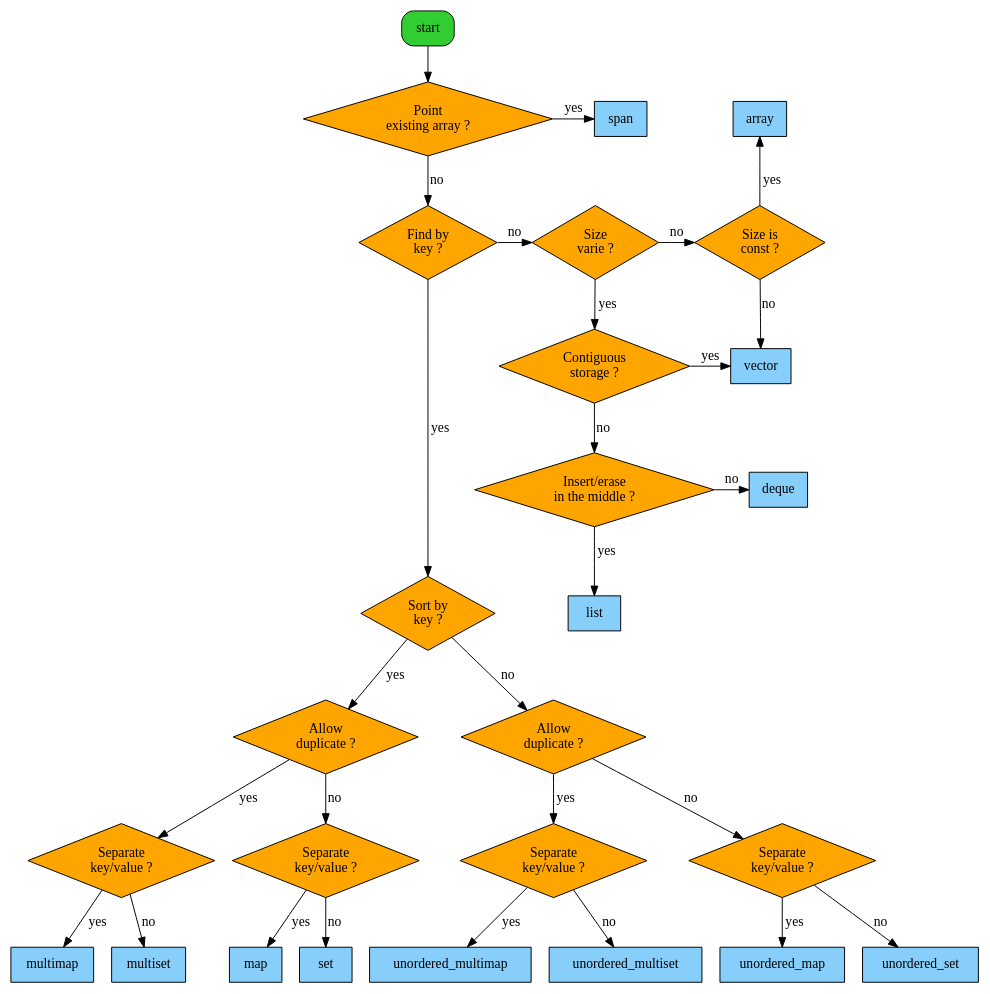
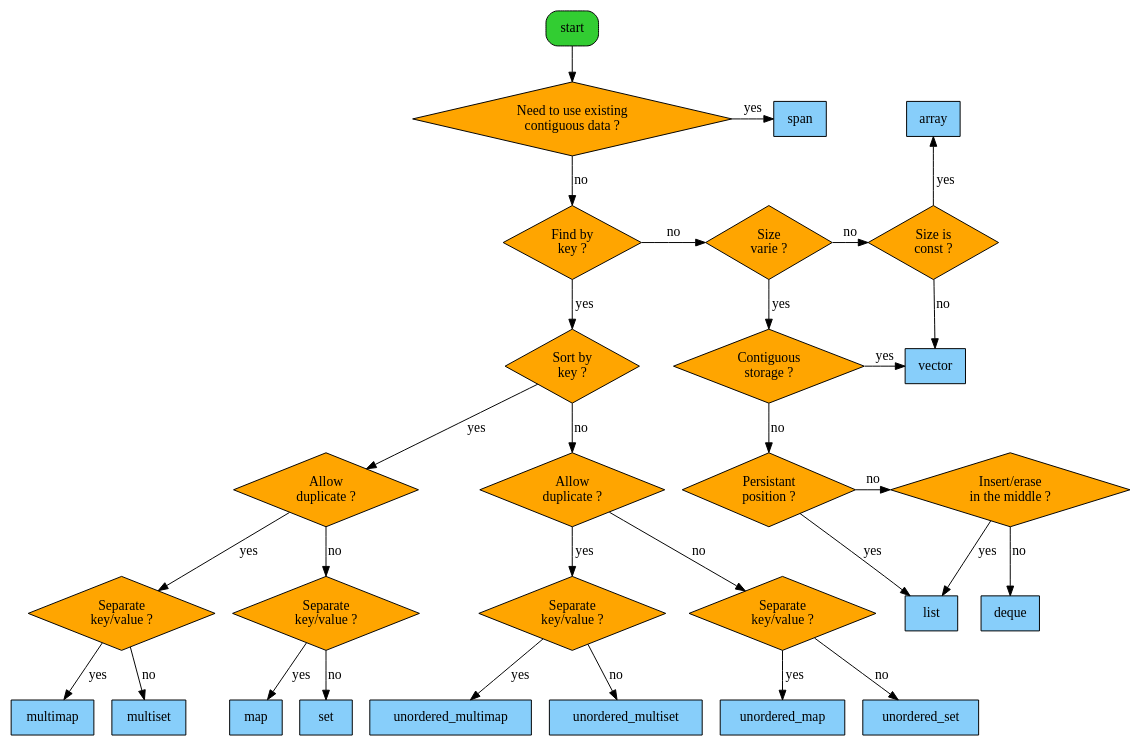
One commit to alexdesaint/CppContainersFlowchart changed the diagram in flowchart.dot. Above: the diagram before and after it, drawn with Graphviz. The commit also changed 1 other file, not shown here.

```diff
--- a/flowchart.dot
+++ b/flowchart.dot
@@ -1,81 +1,86 @@
 digraph G {
-    start[shape=box, style="rounded,filled", fillcolor=limegreen];
+
+    start[shape=box, style="rounded,filled", fillcolor=limegreen, group=g1];
     
-    //{rank = same; fbk; pea; start; sv; sc; array;}
     {rank = same; pea; span; array}
-    pea[shape=diamond, label="Point\nexisting array ?", style=filled, fillcolor=orange]
+    pea[shape=diamond, label="Need to use existing\ncontiguous data ?", style=filled, fillcolor=orange, group=g1]
     
-    //{rank = same; fbk; sbk;}
-    fbk[shape=diamond, label="Find by\nkey ?", style=filled, fillcolor=orange];
+    fbk[shape=diamond, label="Find by\nkey ?", style=filled, fillcolor=orange, group=g1];
     
-    {rank = same; sbk; list;}
-    sbk[shape=diamond, label="Sort by\nkey ?", style=filled, fillcolor=orange];
+    sbk[shape=diamond, label="Sort by\nkey ?", style=filled, fillcolor=orange, group=g1];
     
-    {rank = same; ncs; vector;}
-    ncs[shape=diamond, label="Contiguous\nstorage ?", style=filled, fillcolor=orange];
+    {rank = same; cs; vector; sbk;}
+    cs[shape=diamond, label="Contiguous\nstorage ?", style=filled, fillcolor=orange, group=g2];
     
-    {rank = same; fbk; sv; sc}
-    sv[shape=diamond, label="Size\nvarie ?", style=filled, fillcolor=orange];
+    {rank = same; pp; ieim;}
+    pp[shape=diamond, label="Persistant\nposition ?", style=filled, fillcolor=orange, group=g2];
+    
+    {rank = same; fbk; sv; sc;}
+    sv[shape=diamond, label="Size\nvarie ?", style=filled, fillcolor=orange, group=g2];
     sc[shape=diamond, label="Size is\nconst ?", style=filled, fillcolor=orange];
     
-    {rank = same; ieim; deque;}
-    ieim[shape=diamond, label="Insert/erase\nin the middle ?", style=filled, fillcolor=orange];
+    {rank = same; ieim;}
+    ieim[shape=diamond, label="Insert/erase\nin the middle ?", style=filled, fillcolor=orange, group=g2];
     
+    //{rank = same; ad1; ad2; ieim;}
     ad1[shape=diamond, label="Allow\nduplicate ?", style=filled, fillcolor=orange];
-    ad2[shape=diamond, label="Allow\nduplicate ?", style=filled, fillcolor=orange];
+    ad2[shape=diamond, label="Allow\nduplicate ?", style=filled, fillcolor=orange, group=g1];
     skv11[shape=diamond, label="Separate\nkey/value ?", style=filled, fillcolor=orange];
     skv12[shape=diamond, label="Separate\nkey/value ?", style=filled, fillcolor=orange];
     skv21[shape=diamond, label="Separate\nkey/value ?", style=filled, fillcolor=orange];
     skv22[shape=diamond, label="Separate\nkey/value ?", style=filled, fillcolor=orange];
     
     ad1 -> skv11[label="yes"];
     ad1 -> skv12[label="no"];
     ad2 -> skv21[label="yes"];
     ad2 -> skv22[label="no"];
     
     skv11 -> multimap[label="yes"];
     skv11 -> multiset[label="no"];
     skv12 -> map[label="yes"];
     skv12 -> set[label="no"];
     skv21 -> unordered_multimap[label="yes"];
     skv21 -> unordered_multiset[label="no"];
     skv22 -> unordered_map[label="yes"];
     skv22 -> unordered_set[label="no"];
     
     vector[shape=box, style=filled, fillcolor=lightskyblue];
     array[shape=box, style=filled, fillcolor=lightskyblue];
     list[shape=box, style=filled, fillcolor=lightskyblue];
     deque[shape=box, style=filled, fillcolor=lightskyblue];
     span[shape=box, style=filled, fillcolor=lightskyblue];
     map[shape=box, style=filled, fillcolor=lightskyblue];
     set[shape=box, style=filled, fillcolor=lightskyblue];
     multimap[shape=box, style=filled, fillcolor=lightskyblue];
     multiset[shape=box, style=filled, fillcolor=lightskyblue];
     unordered_map[shape=box, style=filled, fillcolor=lightskyblue];
     unordered_set[shape=box, style=filled, fillcolor=lightskyblue];
     unordered_multimap[shape=box, style=filled, fillcolor=lightskyblue];
     unordered_multiset[shape=box, style=filled, fillcolor=lightskyblue];
     
     start -> pea;
     
     pea -> span[label="yes"];
     pea -> fbk[label="no"];
     
     fbk -> sbk[label="yes"];
     fbk -> sv[label="no"];
     
-    sv -> ncs[label="yes"];
+    sv -> cs[label="yes"];
     sv -> sc[label="no"];
     
-    ncs -> vector[label="yes"];
-    ncs -> ieim[label="no"];
+    cs -> vector[label="yes"];
+    cs -> pp[label="no"];
+    
+    pp -> list[label="yes"];
+    pp -> ieim[label="no"];
     
     ieim -> list[label="yes"];
     ieim -> deque[label="no"];
     
     sc -> array[label="yes"];
     sc -> vector[label="no"];
     
     sbk -> ad1[label="yes"];
     sbk -> ad2[label="no"];
 }
```
